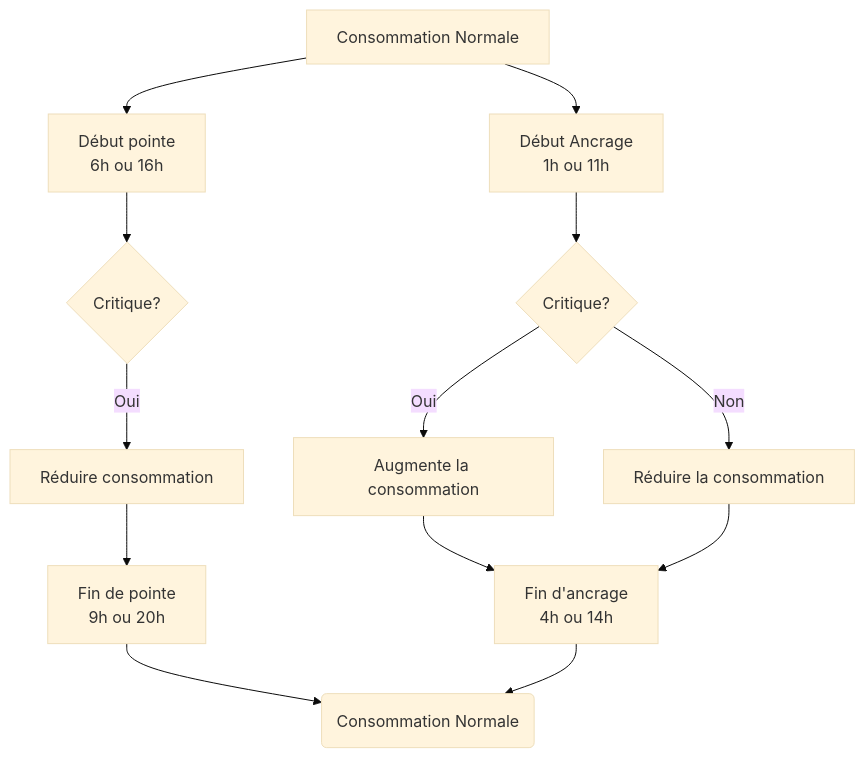
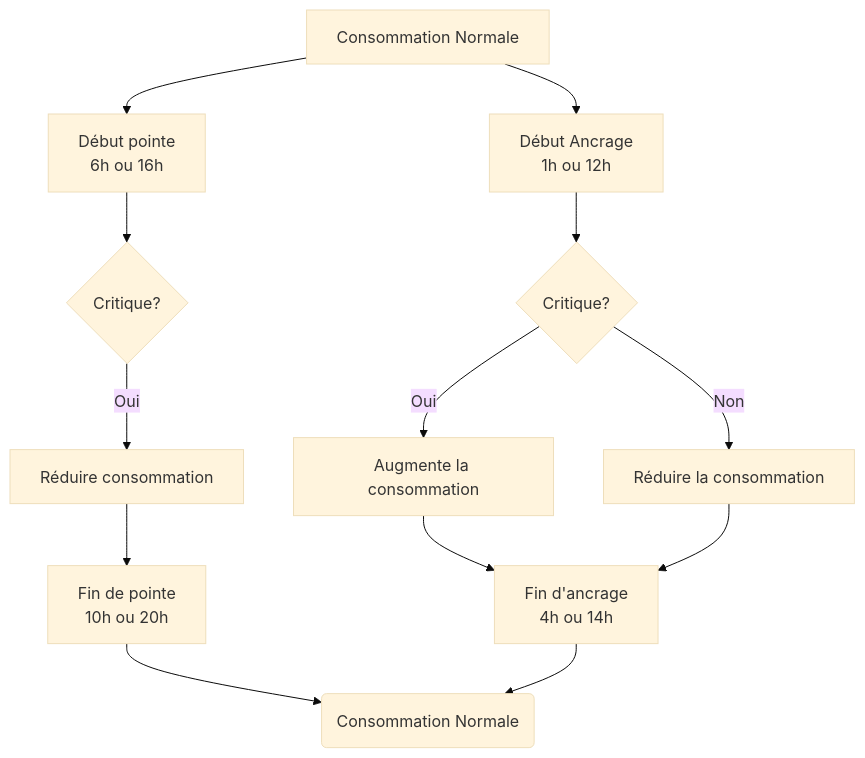
The third of 3 diagrams in content/fr/docs/Tarification Dynamique/Winter Credits/optimization-logics.md (hydroqc/hydroqc.github.io), drawn with Mermaid (base theme) before and after one commit. The commit also changed other lines of this file and 7 other files, not shown here.

````diff
--- a/content/fr/docs/Tarification Dynamique/Winter Credits/optimization-logics.md
+++ b/content/fr/docs/Tarification Dynamique/Winter Credits/optimization-logics.md
@@ -80,15 +82,15 @@
 ```mermaid
 graph TD
   NormalStart[Consommation Normale] -->PeakStart & AnchorStart
   PeakStart[Début pointe<br/>6h ou 16h] -->PeakCritical{Critique?}
   PeakCritical -->|Oui| PeakLowCon[Réduire consommation]
 
-  AnchorStart[Début Ancrage<br/>1h ou 11h] -->AnchorCritical{Critique?}
+  AnchorStart[Début Ancrage<br/>1h ou 12h] -->AnchorCritical{Critique?}
   AnchorCritical -->|Non| AnchorLowCon[Réduire la consommation]
   AnchorCritical -->|Oui| AnchorHighCon[Augmente la consommation]
   PeakLowCon --> PeakEnd
   AnchorHighCon --> AnchorEnd
   AnchorLowCon --> AnchorEnd
-  PeakEnd[Fin de pointe<br/>9h ou 20h] --> Normal
+  PeakEnd[Fin de pointe<br/>10h ou 20h] --> Normal
   AnchorEnd[Fin d'ancrage<br/>4h ou 14h] --> Normal(Consommation Normale)
 ```
````
